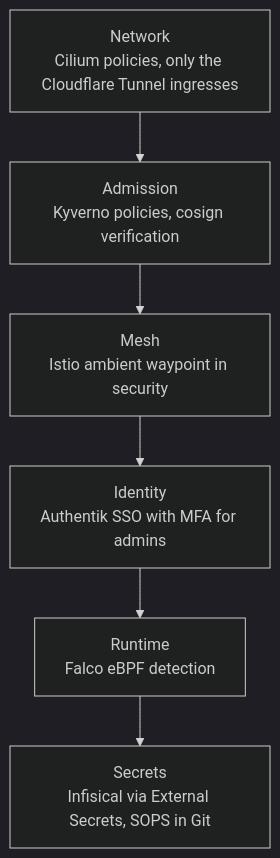
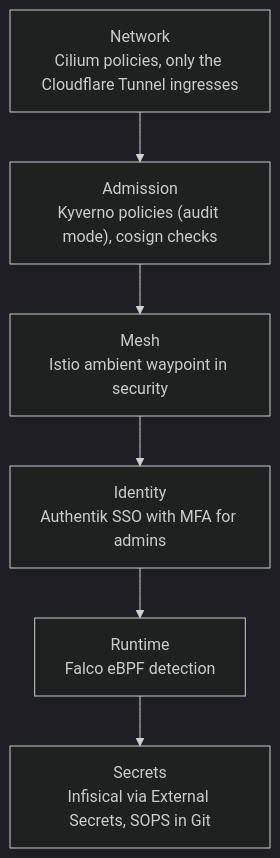
Before and after one commit to Darkflame72/home-ops: the diagram in docs/security.md, drawn with Mermaid (dark theme). The commit also changed other lines of this file and 2 other files, not shown here.

First line of the commit message:
docs(security): document Kyverno as audit-only with live policy inventory

````diff
--- a/docs/security.md
+++ b/docs/security.md
@@ -8,8 +8,8 @@
 ```mermaid
 flowchart TB
-    NET["Network<br/>Cilium policies, only the Cloudflare Tunnel ingresses"] --> ADM["Admission<br/>Kyverno policies, cosign verification"]
+    NET["Network<br/>Cilium policies, only the Cloudflare Tunnel ingresses"] --> ADM["Admission<br/>Kyverno policies (audit mode), cosign checks"]
     ADM --> MESH["Mesh<br/>Istio ambient waypoint in security"]
     MESH --> ID["Identity<br/>Authentik SSO with MFA for admins"]
     ID --> RUN["Runtime<br/>Falco eBPF detection"]
     RUN --> SEC["Secrets<br/>Infisical via External Secrets, SOPS in Git"]
 ```
````
